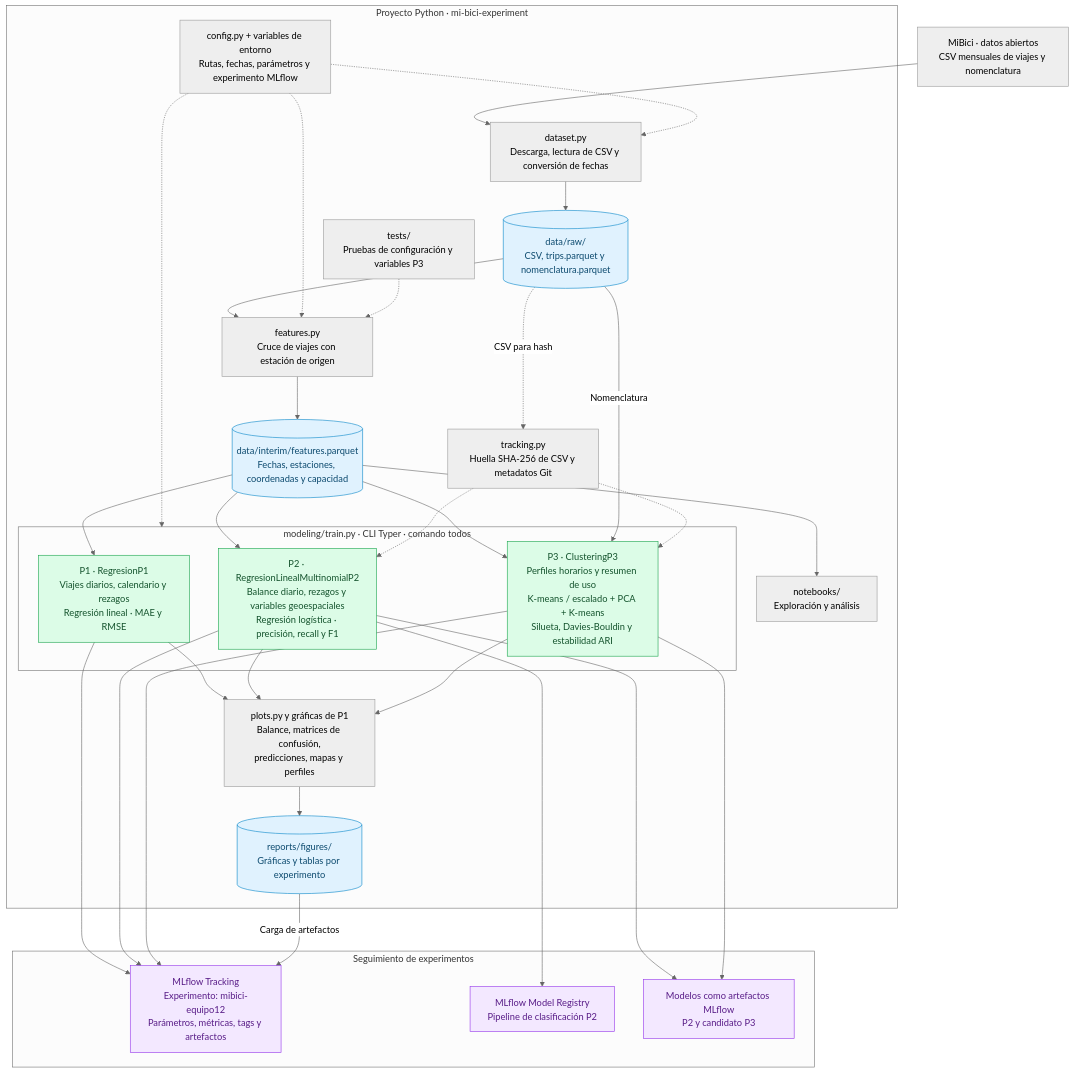
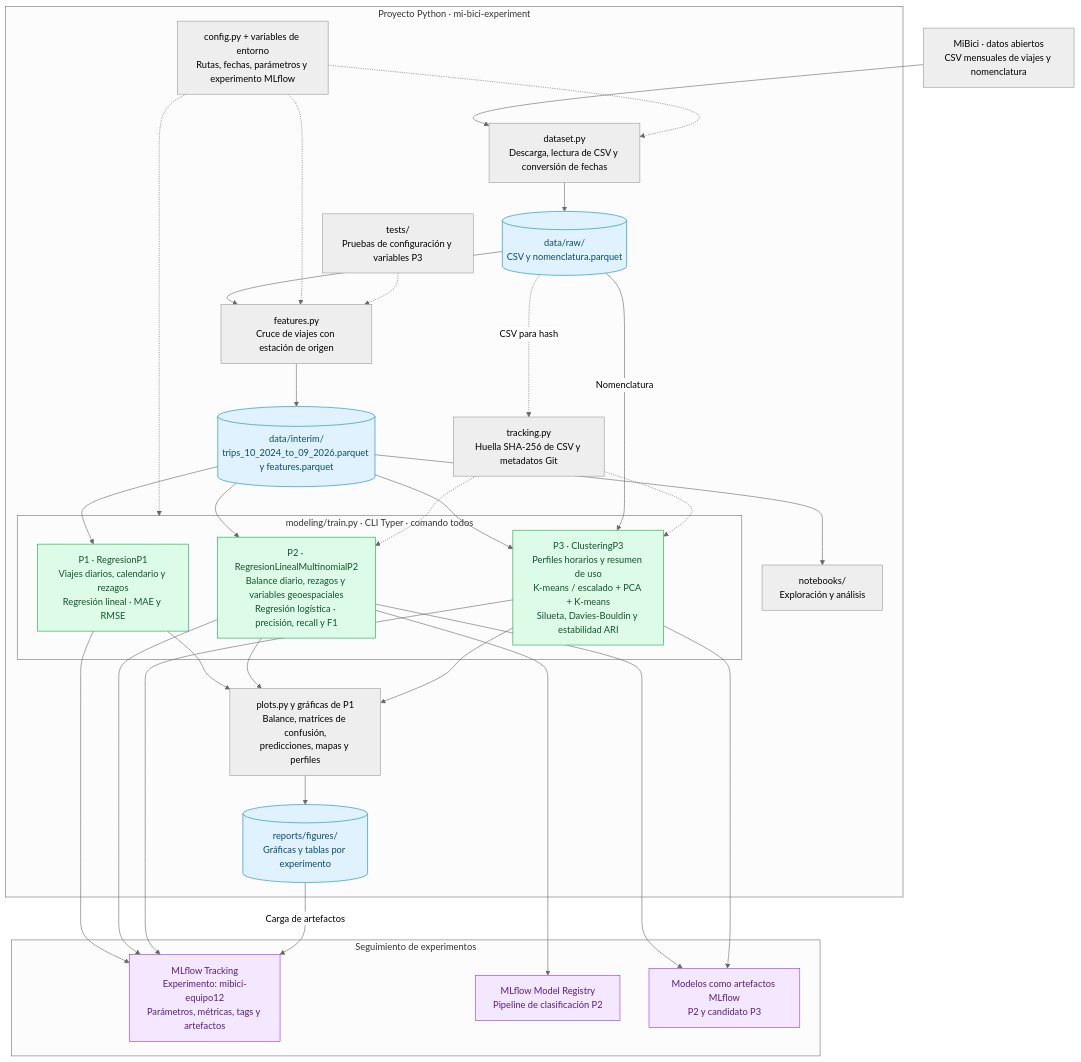
One commit to oscarM190/TC5061-Proyecto-Equipo12 changed the diagram in mi-bici-experiment/references/arquitectura.md. Above: the diagram before and after it, drawn with Mermaid (neutral theme). The commit also changed 4 other files, not shown here.

````diff
--- a/mi-bici-experiment/references/arquitectura.md
+++ b/mi-bici-experiment/references/arquitectura.md
@@ -6,62 +6,62 @@
 ```mermaid
 flowchart TB
     fuente["MiBici · datos abiertos<br/>CSV mensuales de viajes y nomenclatura"]
 
     subgraph proyecto["Proyecto Python · mi-bici-experiment"]
         config["config.py + variables de entorno<br/>Rutas, fechas, parámetros y experimento MLflow"]
         dataset["dataset.py<br/>Descarga, lectura de CSV y conversión de fechas"]
-        raw[("data/raw/<br/>CSV, trips.parquet y nomenclatura.parquet")]
+        raw[("data/raw/<br/>CSV y nomenclatura.parquet")]
         features["features.py<br/>Cruce de viajes con estación de origen"]
-        interim[("data/interim/features.parquet<br/>Fechas, estaciones, coordenadas y capacidad")]
+        interim[("data/interim/<br/>trips_10_2024_to_09_2026.parquet y features.parquet")]
 
         subgraph entrenamiento["modeling/train.py · CLI Typer · comando todos"]
             p1["P1 · RegresionP1<br/>Viajes diarios, calendario y rezagos<br/>Regresión lineal · MAE y RMSE"]
             p2["P2 · RegresionLinealMultinomialP2<br/>Balance diario, rezagos y variables geoespaciales<br/>Regresión logística · precisión, recall y F1"]
             p3["P3 · ClusteringP3<br/>Perfiles horarios y resumen de uso<br/>K-means / escalado + PCA + K-means<br/>Silueta, Davies-Bouldin y estabilidad ARI"]
         end
 
         tracking["tracking.py<br/>Huella SHA-256 de CSV y metadatos Git"]
         plots["plots.py y gráficas de P1<br/>Balance, matrices de confusión,<br/>predicciones, mapas y perfiles"]
         reports[("reports/figures/<br/>Gráficas y tablas por experimento")]
         notebooks["notebooks/<br/>Exploración y análisis"]
         tests["tests/<br/>Pruebas de configuración y variables P3"]
     end
 
     subgraph seguimiento["Seguimiento de experimentos"]
         mlflow["MLflow Tracking<br/>Experimento: mibici-equipo12<br/>Parámetros, métricas, tags y artefactos"]
         registry["MLflow Model Registry<br/>Pipeline de clasificación P2"]
         modelos["Modelos como artefactos MLflow<br/>P2 y candidato P3"]
     end
 
     fuente --> dataset --> raw --> features --> interim
     interim --> p1
     interim --> p2
     interim --> p3
     raw -->|Nomenclatura| p3
     interim --> notebooks
     p1 --> plots
     p2 --> plots
     p3 --> plots
     plots --> reports
     p1 --> mlflow
     p2 --> mlflow
     p3 --> mlflow
     reports -->|Carga de artefactos| mlflow
     p2 --> registry
     p2 --> modelos
     p3 --> modelos
     config -.-> dataset
     config -.-> features
     config -.-> entrenamiento
     raw -.->|CSV para hash| tracking
     tracking -.-> p2
     tracking -.-> p3
     tests -.-> features
 
     classDef datos fill:#e0f2fe,stroke:#0284c7,color:#0c4a6e
     classDef modelo fill:#dcfce7,stroke:#16a34a,color:#14532d
     classDef seguimiento fill:#f3e8ff,stroke:#9333ea,color:#581c87
     class raw,interim,reports datos
     class p1,p2,p3 modelo
     class mlflow,registry,modelos seguimiento
 ```
````
